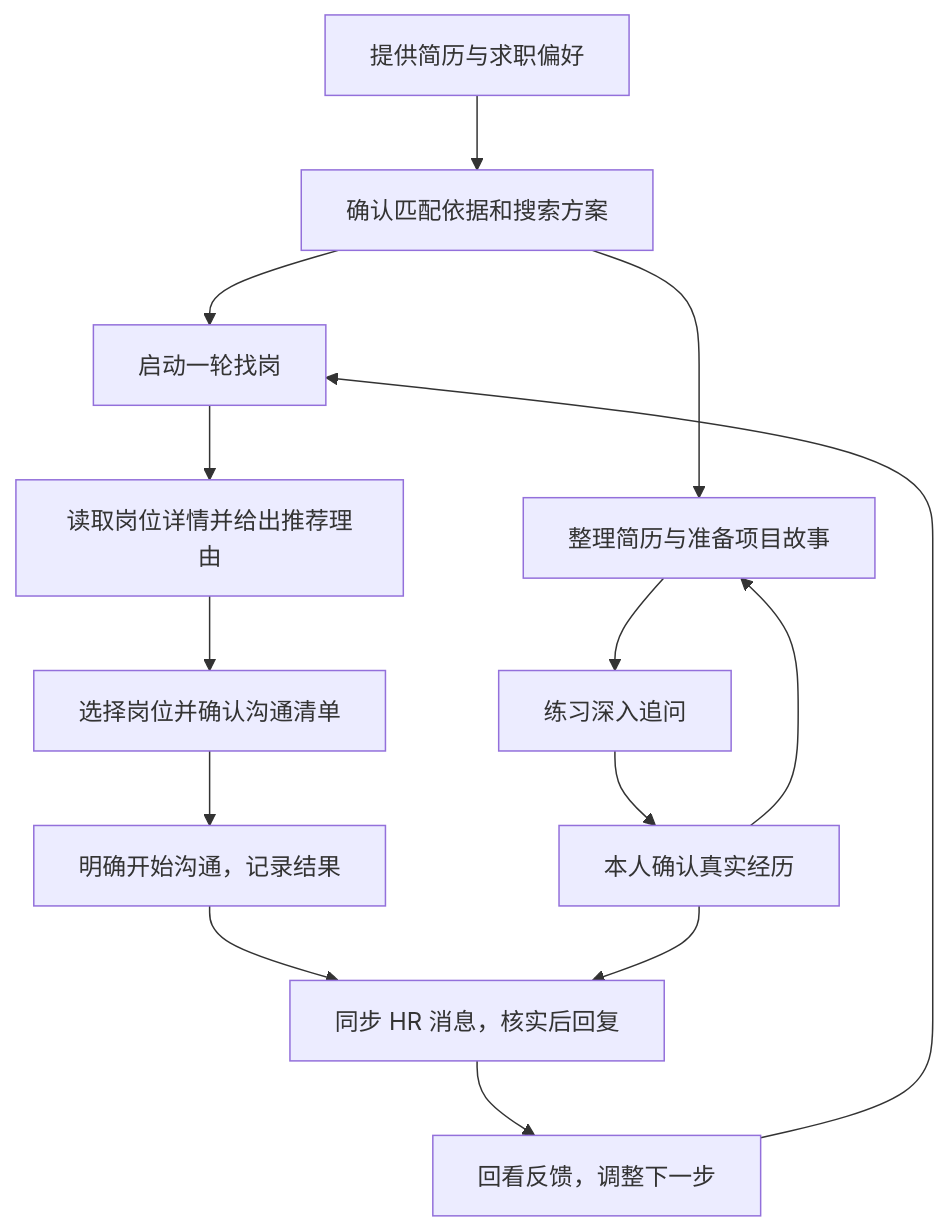
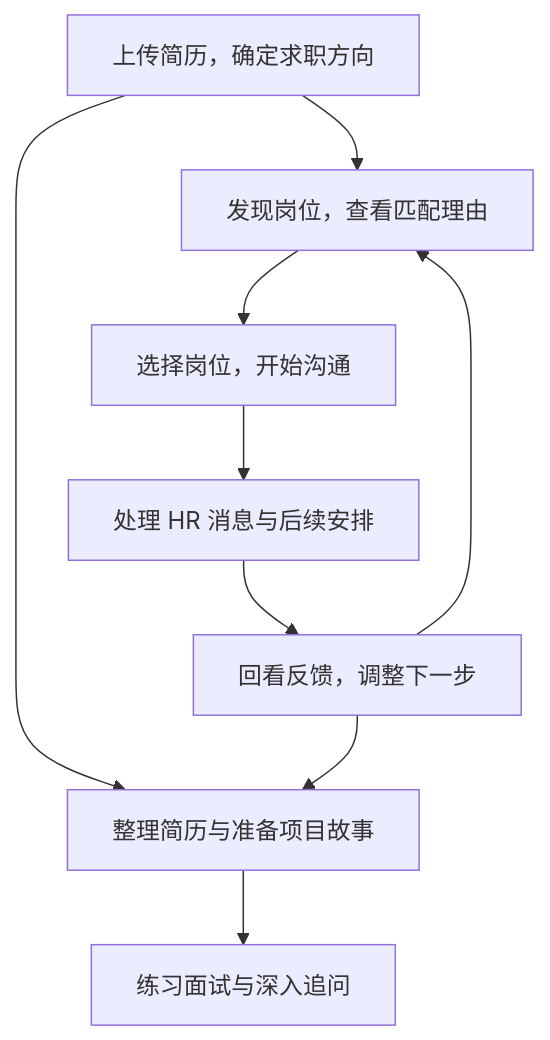
One commit to daydreamer0213/OfferGo changed the diagram in docs/user-guide/README.md. Above: the diagram before and after it, drawn with Mermaid. The commit also changed other lines of this file and 12 other files, not shown here.

````diff
--- a/docs/user-guide/README.md
+++ b/docs/user-guide/README.md
@@ -31,16 +24,11 @@
 ```mermaid
 flowchart TD
-  A[提供简历与求职偏好] --> B[确认匹配依据和搜索方案]
-  B --> C[启动一轮找岗]
-  C --> D[读取岗位详情并给出推荐理由]
-  D --> E[选择岗位并确认沟通清单]
-  E --> F[明确开始沟通，记录结果]
-  F --> G[同步 HR 消息，核实后回复]
-  G --> H[回看反馈，调整下一步]
-  H --> C
-  B --> I[整理简历与准备项目故事]
-  I --> J[练习深入追问]
-  J --> K[本人确认真实经历]
-  K --> I
-  K --> G
+  A[上传简历，确定求职方向] --> B[发现岗位，查看匹配理由]
+  B --> C[选择岗位，开始沟通]
+  C --> D[处理 HR 消息与后续安排]
+  D --> E[回看反馈，调整下一步]
+  E --> B
+  A --> F[整理简历与准备项目故事]
+  F --> G[练习面试与深入追问]
+  E --> F
 ```
````
